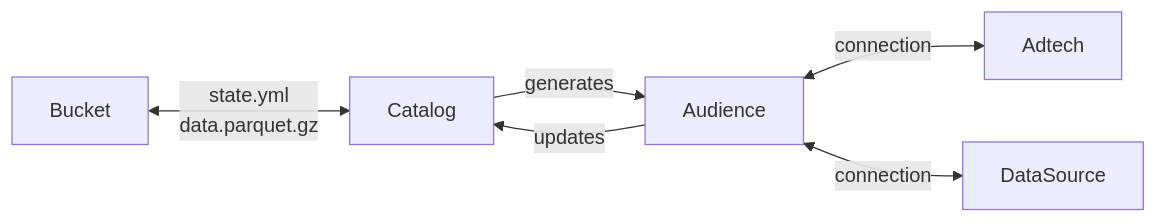
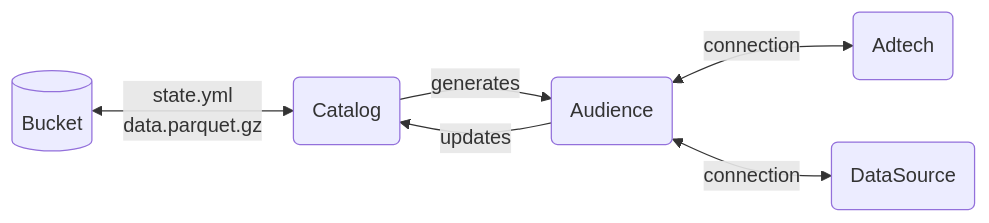
Before and after one commit to brunopini/dmp-design-pattern-demo: the first of 3 diagrams in README.md, drawn with Mermaid. The commit also changed other lines of this file, not shown here.

Commit message:
improved

````diff
--- a/README.md
+++ b/README.md
@@ -5,8 +5,8 @@
 ``` mermaid
 graph LR;
-    Bucket <-- state.yml<br/>data.parquet.gz --> Catalog
-    Catalog -- generates --> Audience
-    Audience <-- connection --> Adtech
-    Audience <-- connection --> DataSource
+    Bucket[(Bucket)]<--state.yml<br/>data.parquet.gz-->Catalog
+    Catalog(Catalog) -- generates --> Audience(Audience)
+    Audience <-- connection --> Adtech(Adtech)
+    Audience <-- connection --> DataSource(DataSource)
     Audience -- updates --> Catalog
 ```
````
